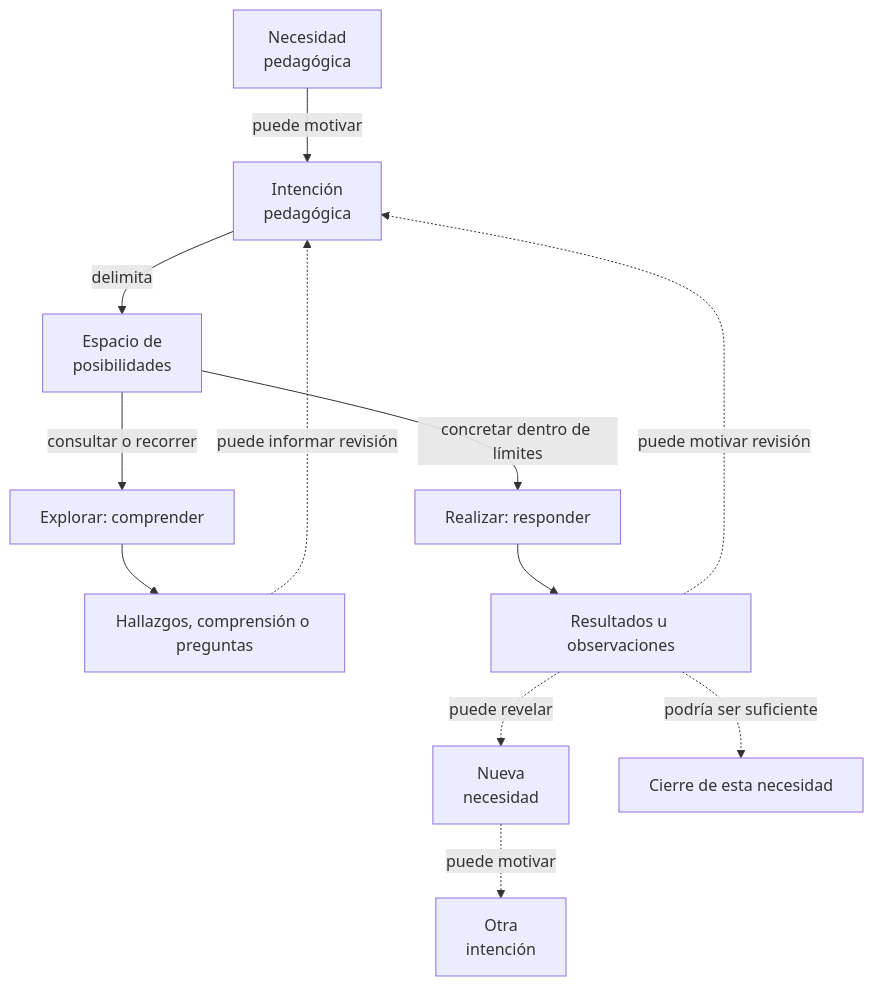
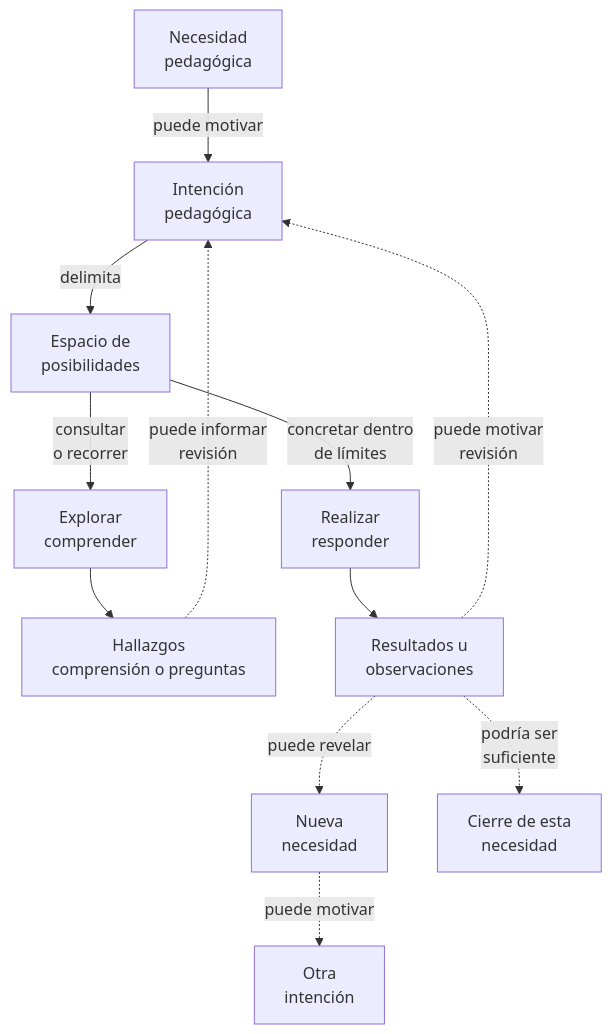
The diagram in lifecycle/recursive-pedagogical-resolution.md (the-alive-lab/tdidacta), drawn with Mermaid before and after one commit.

Commit message:
docs: wrap all long Mermaid node and edge labels

````diff
--- a/lifecycle/recursive-pedagogical-resolution.md
+++ b/lifecycle/recursive-pedagogical-resolution.md
@@ -19,14 +19,14 @@
 ```mermaid
 flowchart TB
     N["Necesidad<br/>pedagógica"] -->|puede motivar| I["Intención<br/>pedagógica"]
     I -->|delimita| S["Espacio de<br/>posibilidades"]
-    S -->|consultar o recorrer| E["Explorar: comprender"]
-    S -->|concretar dentro de límites| R["Realizar: responder"]
-    E --> H["Hallazgos, comprensión o preguntas"]
-    R --> O["Resultados u observaciones"]
-    H -.->|puede informar revisión| I
-    O -.->|puede motivar revisión| I
+    S -->|"consultar<br/>o recorrer"| E["Explorar<br/>comprender"]
+    S -->|"concretar dentro<br/>de límites"| R["Realizar<br/>responder"]
+    E --> H["Hallazgos<br/>comprensión o preguntas"]
+    R --> O["Resultados u<br/>observaciones"]
+    H -.->|"puede informar<br/>revisión"| I
+    O -.->|"puede motivar<br/>revisión"| I
     O -.->|puede revelar| NN["Nueva<br/>necesidad"]
     NN -.->|puede motivar| I2["Otra<br/>intención"]
-    O -.->|podría ser suficiente| C["Cierre de esta necesidad"]
+    O -.->|"podría ser<br/>suficiente"| C["Cierre de esta<br/>necesidad"]
 ```
````
